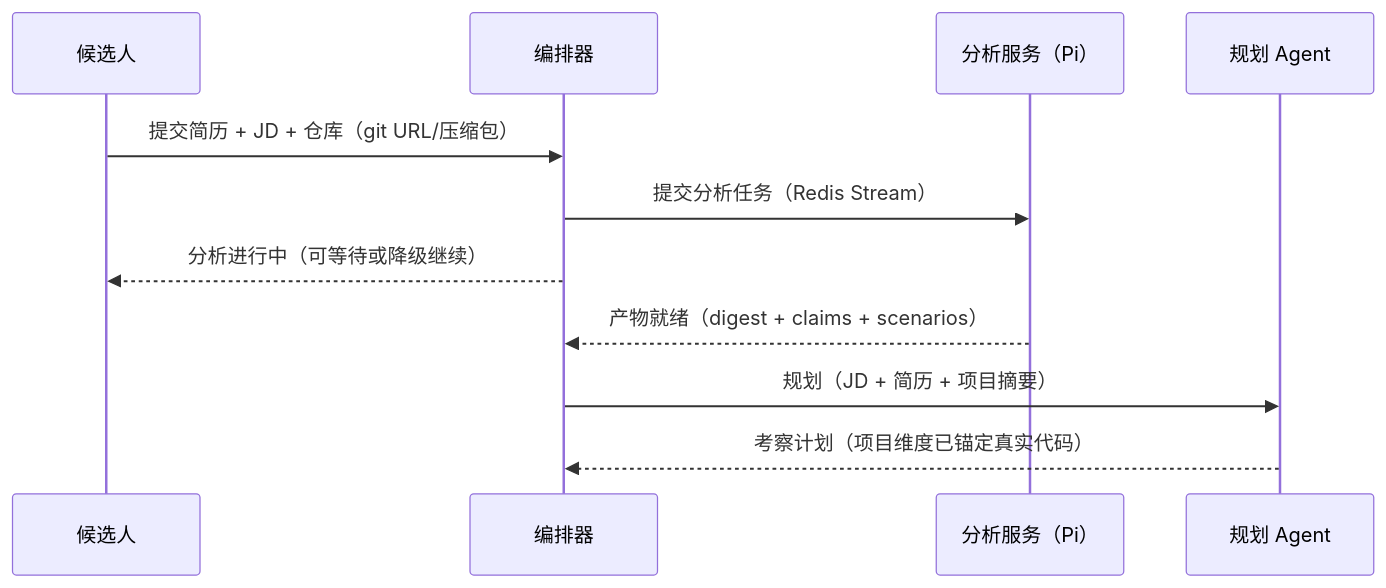
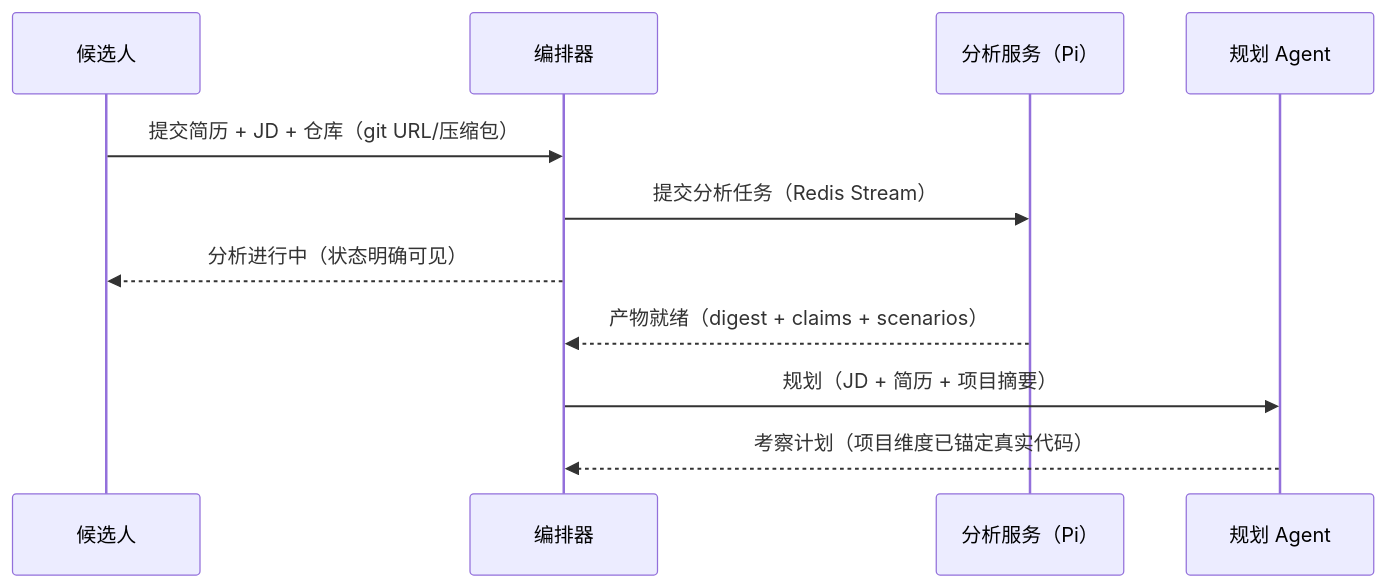
Before and after one commit to Belfast-byte/interview-guide-agent: the second of 2 diagrams in docs/design_spec/12-code-analysis-service.md, drawn with Mermaid. The commit also changed other lines of this file and 20 other files, not shown here.

````diff
--- a/docs/design_spec/12-code-analysis-service.md
+++ b/docs/design_spec/12-code-analysis-service.md
@@ -132,14 +132,14 @@
 ```mermaid
 sequenceDiagram
     participant U as 候选人
     participant O as 编排器
     participant S as 分析服务（Pi）
     participant P as 规划 Agent
 
     U->>O: 提交简历 + JD + 仓库（git URL/压缩包）
     O->>S: 提交分析任务（Redis Stream）
-    O-->>U: 分析进行中（可等待或降级继续）
+    O-->>U: 分析进行中（状态明确可见）
     S-->>O: 产物就绪（digest + claims + scenarios）
     O->>P: 规划（JD + 简历 + 项目摘要）
     P-->>O: 考察计划（项目维度已锚定真实代码）
 ```
````
